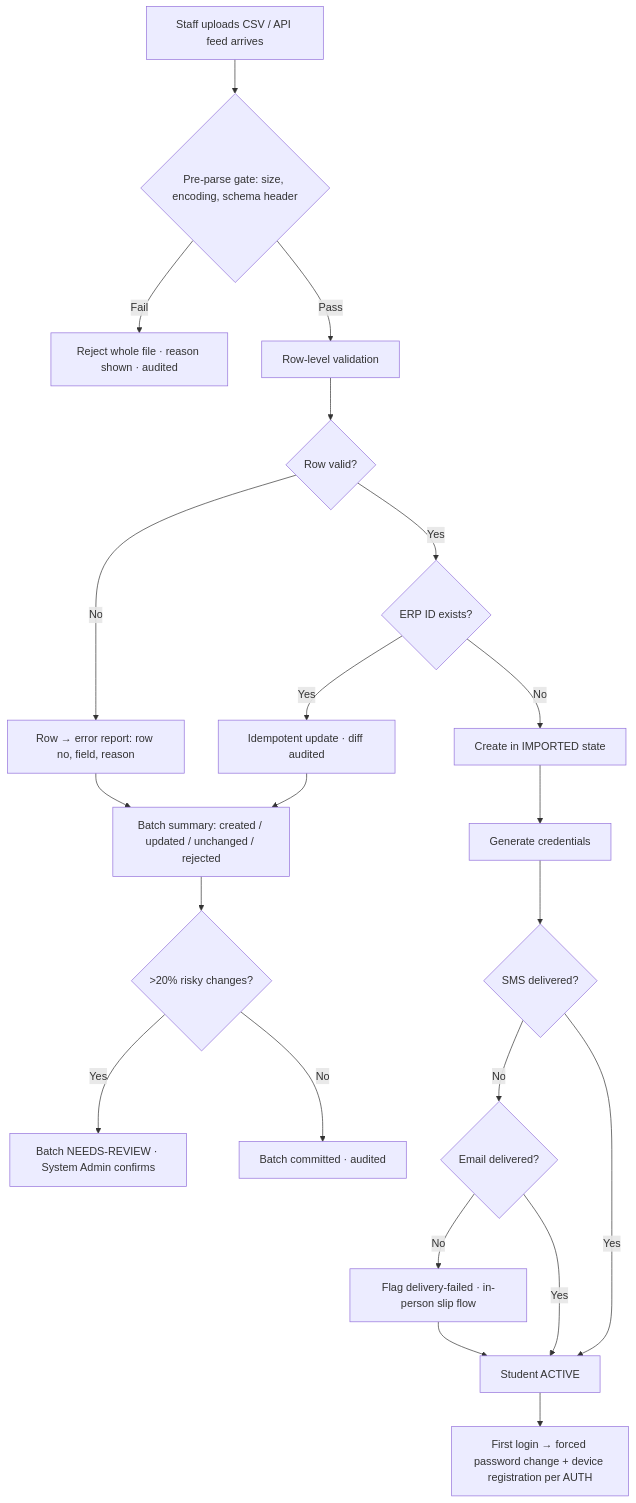
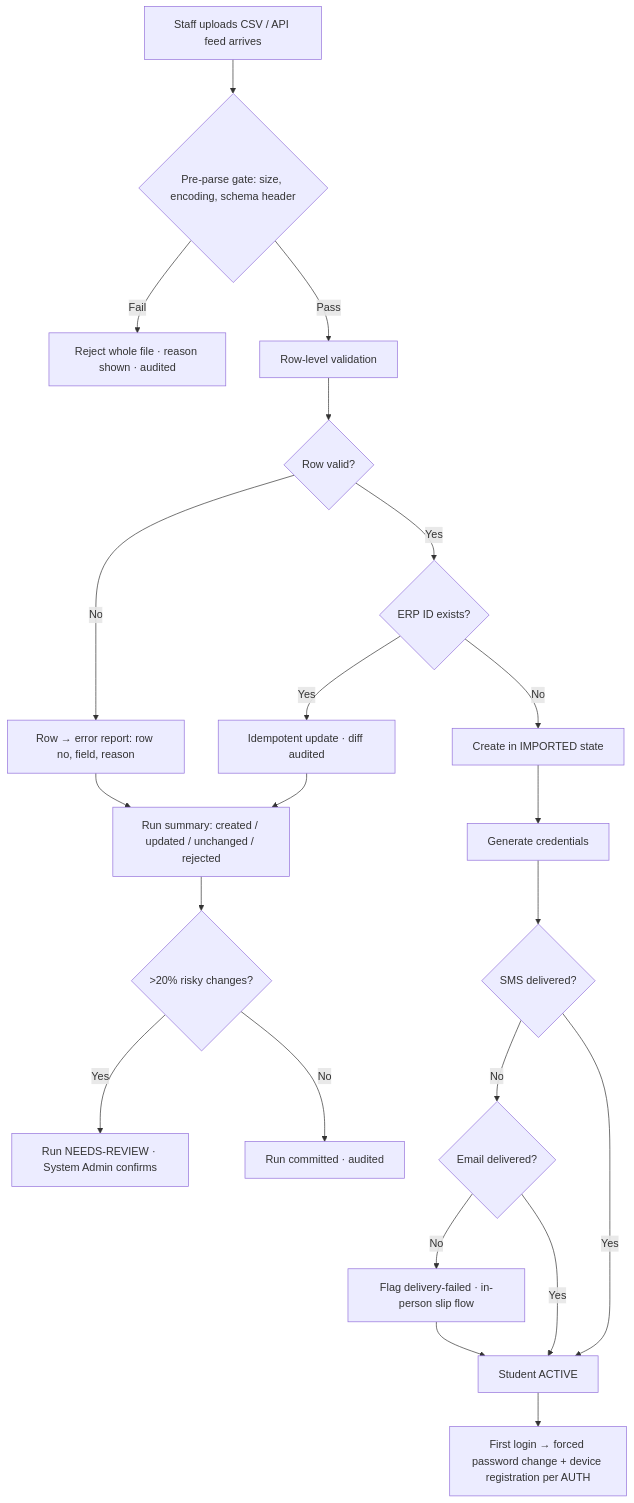
Before and after one commit to sennurm/UniCore: the diagram in requirements/02-student-onboarding.md, drawn with Mermaid. The commit also changed other lines of this file and 7 other files, not shown here.

````diff
--- a/requirements/02-student-onboarding.md
+++ b/requirements/02-student-onboarding.md
@@ -172,24 +204,24 @@
 ```mermaid
 flowchart TD
   A[Staff uploads CSV / API feed arrives] --> B{Pre-parse gate: size, encoding, schema header}
   B -- Fail --> B1[Reject whole file · reason shown · audited]
   B -- Pass --> C[Row-level validation]
   C --> D{Row valid?}
   D -- No --> D1[Row → error report: row no, field, reason]
   D -- Yes --> E{ERP ID exists?}
   E -- Yes --> E1[Idempotent update · diff audited]
   E -- No --> E2[Create in IMPORTED state]
   E1 --> G
   E2 --> F2[Generate credentials]
   F2 --> H{SMS delivered?}
   H -- No --> H1{Email delivered?}
   H1 -- No --> H2[Flag delivery-failed · in-person slip flow]
   H -- Yes --> I[Student ACTIVE]
   H1 -- Yes --> I
   H2 --> I
   I --> J[First login → forced password change + device registration per AUTH]
-  D1 --> G[Batch summary: created / updated / unchanged / rejected]
+  D1 --> G[Run summary: created / updated / unchanged / rejected]
   G --> K{>20% risky changes?}
-  K -- Yes --> K1[Batch NEEDS-REVIEW · System Admin confirms]
-  K -- No --> L[Batch committed · audited]
+  K -- Yes --> K1[Run NEEDS-REVIEW · System Admin confirms]
+  K -- No --> L[Run committed · audited]
 ```
````
